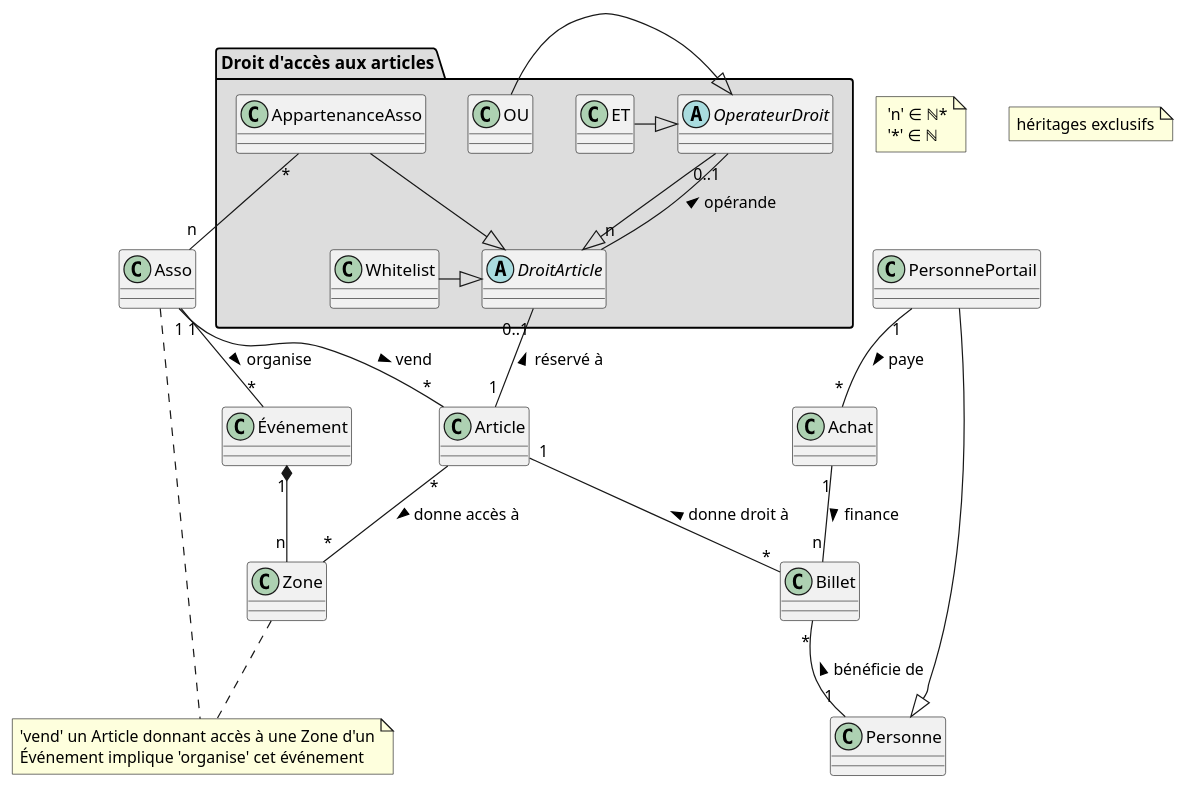
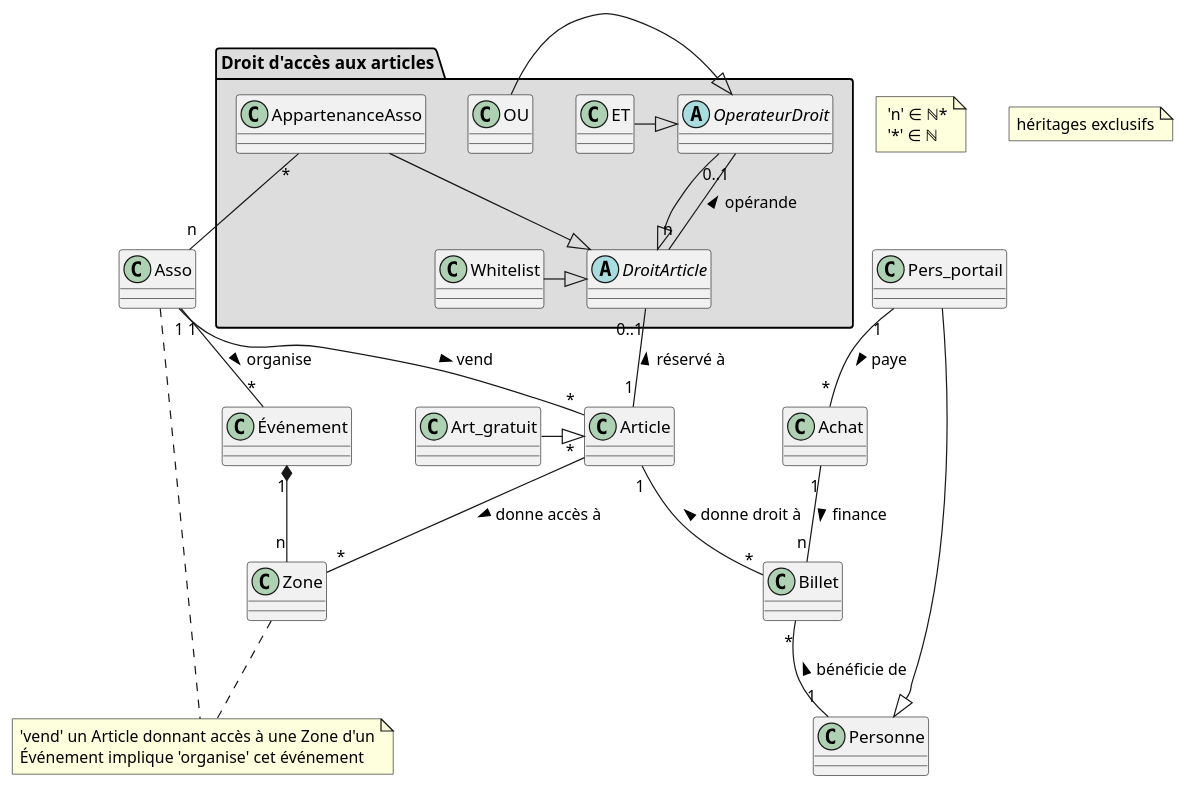
The diagram in doc-assets/sparkle.plantuml (SiMDE-Projects/sparkle), drawn with PlantUML before and after one commit.

Commit message:
Art_gratuit hérite de Article + formalisme classes filles

```diff
--- a/doc-assets/sparkle.plantuml
+++ b/doc-assets/sparkle.plantuml
@@ -1,43 +1,44 @@
 @startuml sparkle
 skinparam groupInheritance 2
 
 note " 'n' ∈ ℕ*\n '*' ∈ ℕ" as N1
 note "héritages exclusifs" as N3
 
 Article "1" -- "*" Billet : donne droit à <
 
 Asso "1" -- "*" Article : vend >
 Asso "1" -- "*" Événement : organise >
+Art_gratuit -|> Article
 
 note "'vend' un Article donnant accès à une Zone d'un\nÉvénement implique 'organise' cet événement" as N2
 Asso .. N2
 Zone .. N2
 
 Événement "1" *-- "n" Zone
 Article "*" - "*" Zone : donne accès à >
 
-PersonnePortail -|> Personne
+Pers_portail -|> Personne
 
 Billet "*" -- "1" Personne : bénéficie de <
 
 
-PersonnePortail "1" -- "*" Achat : paye >
+Pers_portail "1" -- "*" Achat : paye >
 Achat "1" -- "n" Billet : finance >
 
 
 package "Droit d'accès aux articles" #DDDDDD {
 
 abstract DroitArticle
 abstract OperateurDroit
 OperateurDroit --|> DroitArticle
 OperateurDroit "0..1" -- "n" DroitArticle : opérande <
 ET -|> OperateurDroit
 OU -|> OperateurDroit
 Whitelist -|> DroitArticle
 AppartenanceAsso --|> DroitArticle
 AppartenanceAsso "*" -- "n" Asso
 Article "1" -- "0..1" DroitArticle : réservé à >
 
 }
 
 @enduml
```
